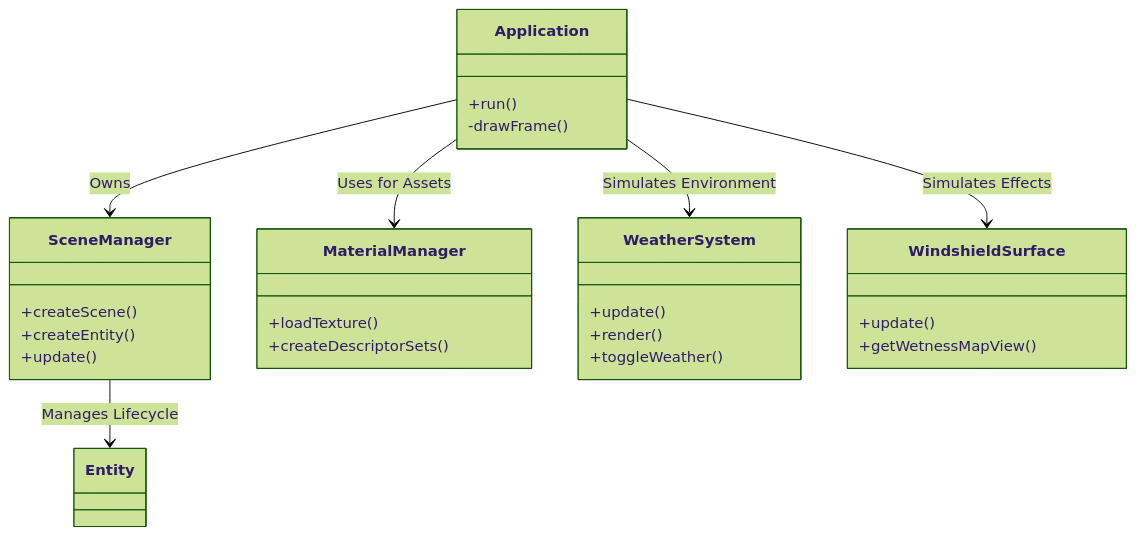
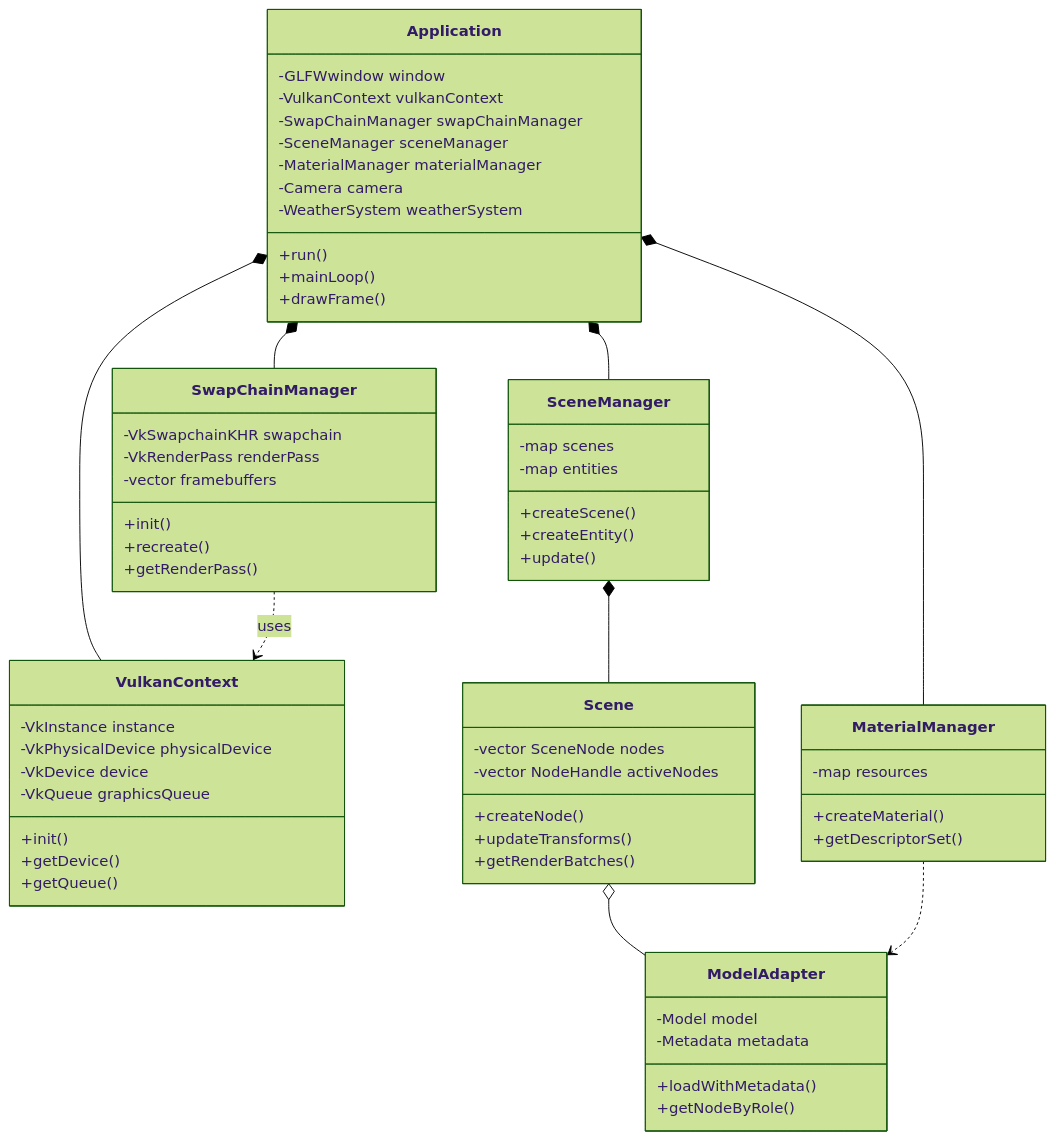
One commit to segfal/DownPour changed the first of 39 diagrams in HOW_TO_EDIT.md. Above: the diagram before and after it, drawn with Mermaid (forest theme). The commit also changed other lines of this file and 53 other files, not shown here.

````diff
--- a/HOW_TO_EDIT.md
+++ b/HOW_TO_EDIT.md
@@ -12,31 +211,72 @@
 ```mermaid
 classDiagram
     class Application {
+        -GLFWwindow window
+        -VulkanContext vulkanContext
+        -SwapChainManager swapChainManager
+        -SceneManager sceneManager
+        -MaterialManager materialManager
+        -Camera camera
+        -WeatherSystem weatherSystem
         +run()
-        -drawFrame()
+        +mainLoop()
+        +drawFrame()
     }
+    
+    class VulkanContext {
+        -VkInstance instance
+        -VkPhysicalDevice physicalDevice
+        -VkDevice device
+        -VkQueue graphicsQueue
+        +init()
+        +getDevice()
+        +getQueue()
+    }
+    
+    class SwapChainManager {
+        -VkSwapchainKHR swapchain
+        -VkRenderPass renderPass
+        -vector framebuffers
+        +init()
+        +recreate()
+        +getRenderPass()
+    }
+    
     class SceneManager {
+        -map scenes
+        -map entities
         +createScene()
         +createEntity()
         +update()
     }
+    
+    class Scene {
+        -vector SceneNode nodes
+        -vector NodeHandle activeNodes
+        +createNode()
+        +updateTransforms()
+        +getRenderBatches()
+    }
+    
     class MaterialManager {
-        +loadTexture()
-        +createDescriptorSets()
+        -map resources
+        +createMaterial()
+        +getDescriptorSet()
     }
-    class WeatherSystem {
-        +update()
-        +render()
-        +toggleWeather()
+    
+    class ModelAdapter {
+        -Model model
+        -Metadata metadata
+        +loadWithMetadata()
+        +getNodeByRole()
     }
-    class WindshieldSurface {
-        +update()
-        +getWetnessMapView()
-    }
-
-    Application --> SceneManager : Owns
-    Application --> MaterialManager : Uses for Assets
-    Application --> WeatherSystem : Simulates Environment
-    Application --> WindshieldSurface : Simulates Effects
-    SceneManager --> Entity : Manages Lifecycle
+    
+    Application *-- VulkanContext
+    Application *-- SwapChainManager
+    Application *-- SceneManager
+    Application *-- MaterialManager
+    SceneManager *-- Scene
+    Scene o-- ModelAdapter
+    MaterialManager ..> ModelAdapter
+    SwapChainManager ..> VulkanContext : uses
 ```
````
